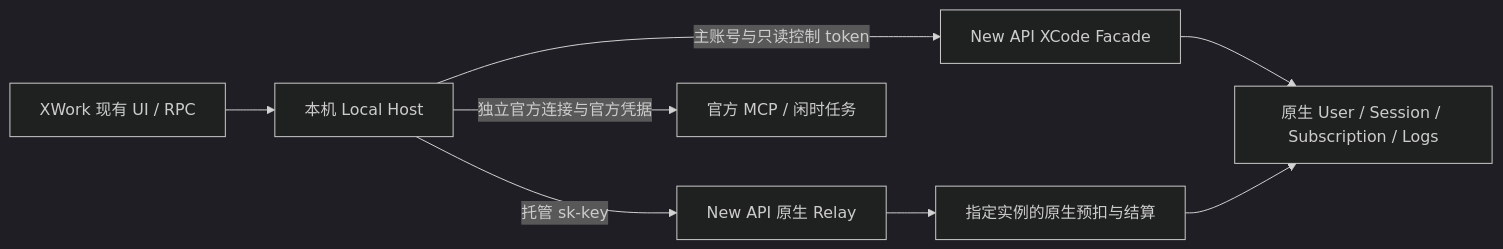
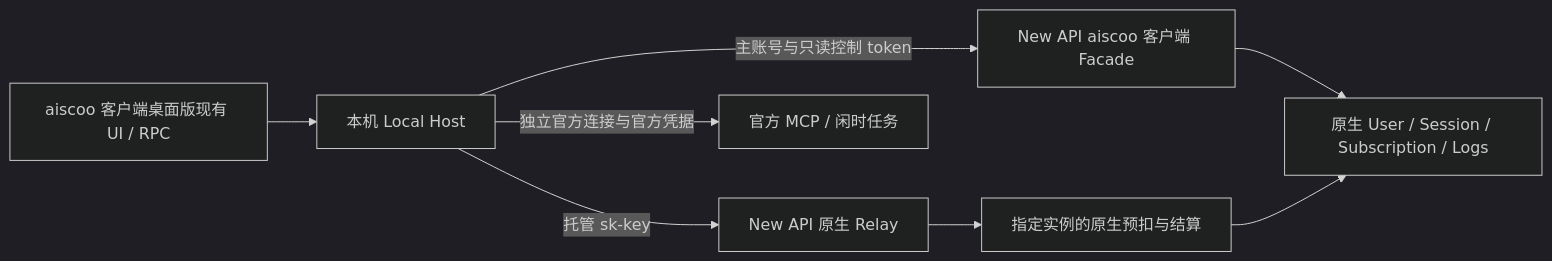
Before and after one commit to 978655242/aiscoo-admin: the diagram in docs/specs/xcode-integration.md, drawn with Mermaid (dark theme). The commit also changed other lines of this file and 29 other files, not shown here.

````diff
--- a/docs/specs/xcode-integration.md
+++ b/docs/specs/xcode-integration.md
@@ -54,10 +54,10 @@
 ```mermaid
 flowchart LR
-  UI[XWork 现有 UI / RPC] --> HOST[本机 Local Host]
-  HOST -->|主账号与只读控制 token| FACADE[New API XCode Facade]
+  UI[aiscoo 客户端桌面版现有 UI / RPC] --> HOST[本机 Local Host]
+  HOST -->|主账号与只读控制 token| FACADE[New API aiscoo 客户端 Facade]
   HOST -->|托管 sk-key| RELAY[New API 原生 Relay]
   FACADE --> NATIVE[原生 User / Session / Subscription / Logs]
   RELAY --> FUND[指定实例的原生预扣与结算]
   FUND --> NATIVE
   HOST -->|独立官方连接与官方凭据| CLOUD[官方 MCP / 闲时任务]
 ```
````
